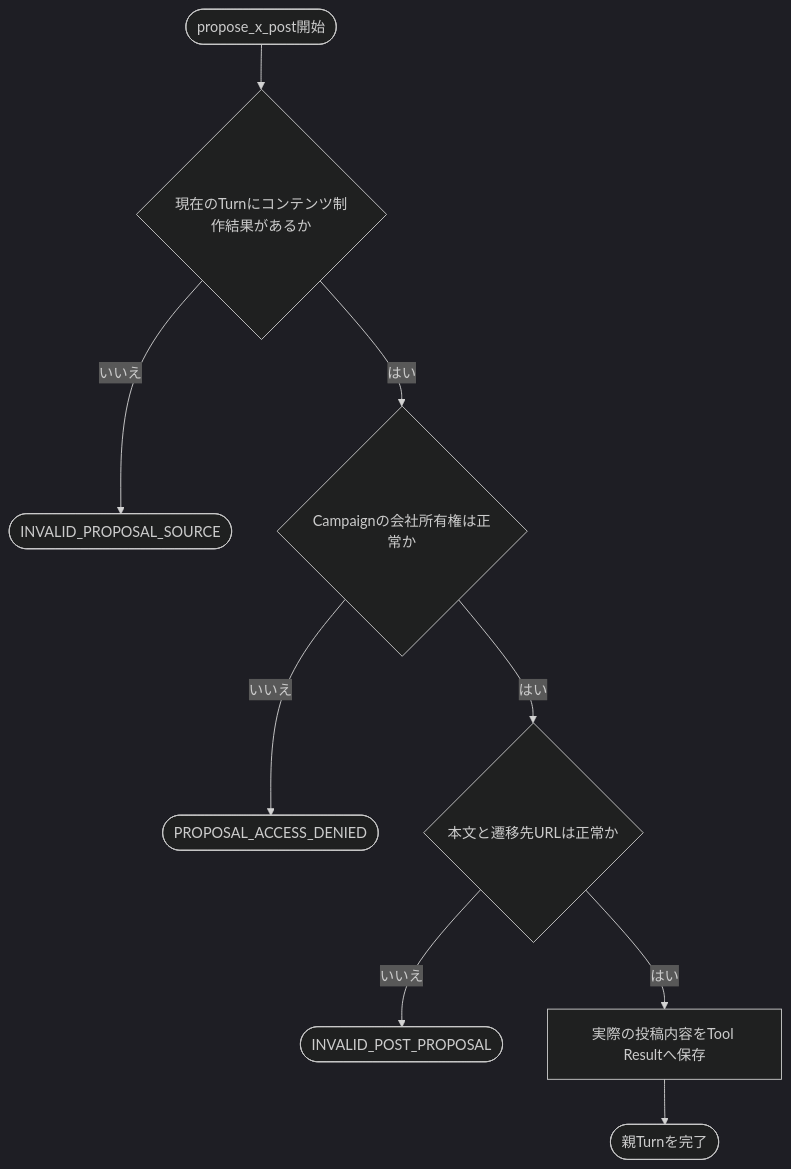
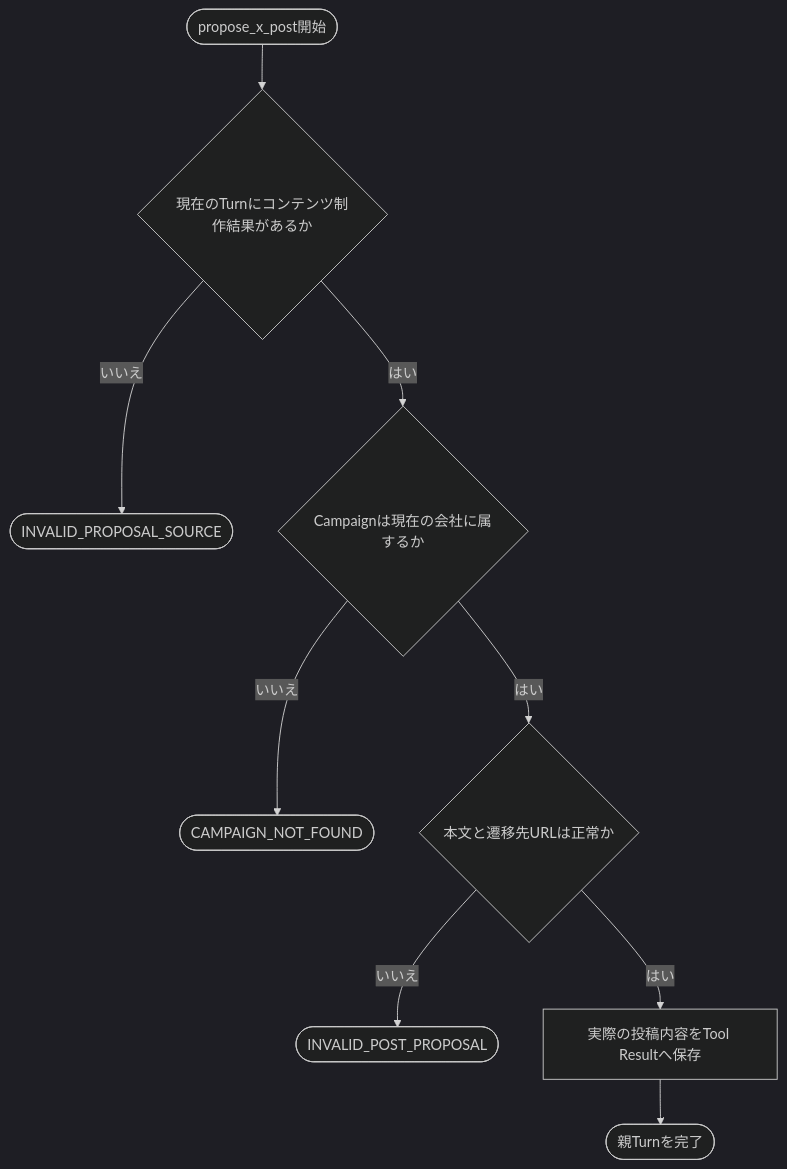
Diagram 13 of 19 in docs/v.0.1/AGENT_DESIGN.md (nishimura-yuma77/hiromeru), drawn with Mermaid (dark theme) before and after one commit. The commit also changed other lines of this file and 4 other files, not shown here.

````diff
--- a/docs/v.0.1/AGENT_DESIGN.md
+++ b/docs/v.0.1/AGENT_DESIGN.md
@@ -463,11 +469,11 @@
 ```mermaid
 flowchart TD
     START([propose_x_post開始]) --> SOURCE{現在のTurnにコンテンツ制作結果があるか}
     SOURCE -- いいえ --> END_SOURCE([INVALID_PROPOSAL_SOURCE])
-    SOURCE -- はい --> AUTHORIZE{Campaignの会社所有権は正常か}
-    AUTHORIZE -- いいえ --> END_FORBIDDEN([PROPOSAL_ACCESS_DENIED])
+    SOURCE -- はい --> AUTHORIZE{Campaignは現在の会社に属するか}
+    AUTHORIZE -- いいえ --> END_NOT_FOUND([CAMPAIGN_NOT_FOUND])
     AUTHORIZE -- はい --> VALIDATE{本文と遷移先URLは正常か}
     VALIDATE -- いいえ --> END_INVALID([INVALID_POST_PROPOSAL])
     VALIDATE -- はい --> RESULT[実際の投稿内容をTool Resultへ保存]
     RESULT --> COMPLETE([親Turnを完了])
 ```
````
